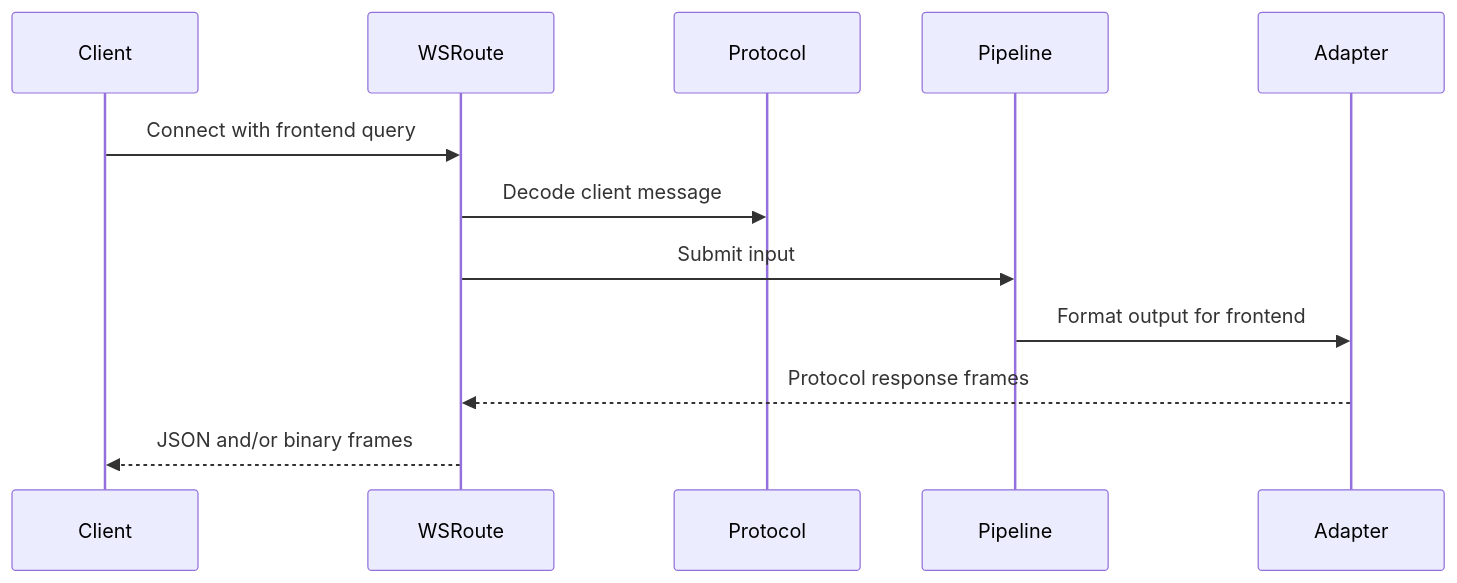
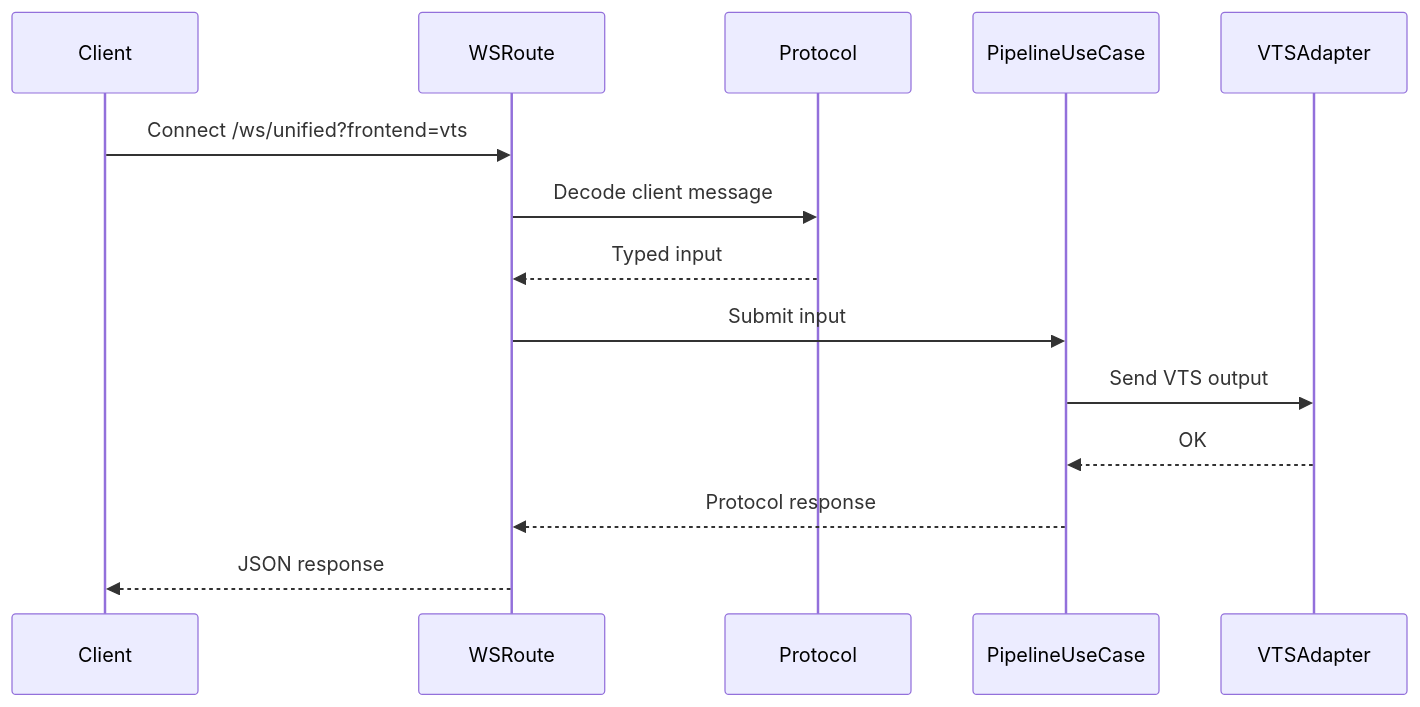
The ninth of 10 diagrams in docs/04_BACKEND_DESIGN.md (Jonathan0823/VoxaLive), drawn with Mermaid before and after one commit. The commit also changed other lines of this file, not shown here.

```diff
--- a/docs/04_BACKEND_DESIGN.md
+++ b/docs/04_BACKEND_DESIGN.md
@@ -349,15 +658,17 @@
 ~~~mermaid
 sequenceDiagram
     participant Client
     participant WSRoute
     participant Protocol
-    participant Pipeline
-    participant Adapter
+    participant PipelineUseCase
+    participant VTSAdapter
 
-    Client->>WSRoute: Connect with frontend query
+    Client->>WSRoute: Connect /ws/unified?frontend=vts
     WSRoute->>Protocol: Decode client message
-    WSRoute->>Pipeline: Submit input
-    Pipeline->>Adapter: Format output for frontend
-    Adapter-->>WSRoute: Protocol response frames
-    WSRoute-->>Client: JSON and/or binary frames
+    Protocol-->>WSRoute: Typed input
+    WSRoute->>PipelineUseCase: Submit input
+    PipelineUseCase->>VTSAdapter: Send VTS output
+    VTSAdapter-->>PipelineUseCase: OK
+    PipelineUseCase-->>WSRoute: Protocol response
+    WSRoute-->>Client: JSON response
 ~~~
```
